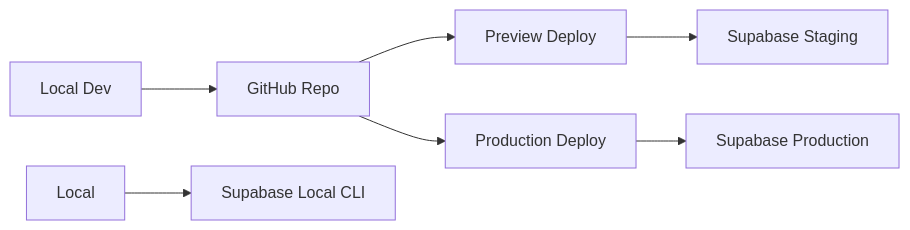
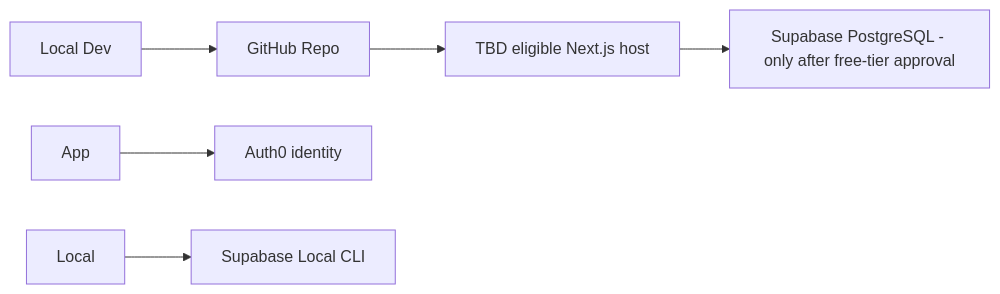
The first of 2 diagrams in docs/13_DEPLOYMENT.md (TheOneWith-3j/sports-community-app), drawn with Mermaid before and after one commit. The commit also changed other lines of this file and 38 other files, not shown here.

````diff
--- a/docs/13_DEPLOYMENT.md
+++ b/docs/13_DEPLOYMENT.md
@@ -21,9 +21,8 @@
 ```mermaid
 flowchart LR
   Dev[Local Dev] --> GitHub[GitHub Repo]
-  GitHub --> VercelPreview[Preview Deploy]
-  GitHub --> VercelProd[Production Deploy]
-  VercelProd --> SupabaseProd[Supabase Production]
-  VercelPreview --> SupabaseStaging[Supabase Staging]
+  GitHub --> Host[TBD eligible Next.js host]
+  Host --> SupabaseDB[Supabase PostgreSQL - only after free-tier approval]
+  App --> Auth0[Auth0 identity]
   Local --> SupabaseLocal[Supabase Local CLI]
 ```
````
